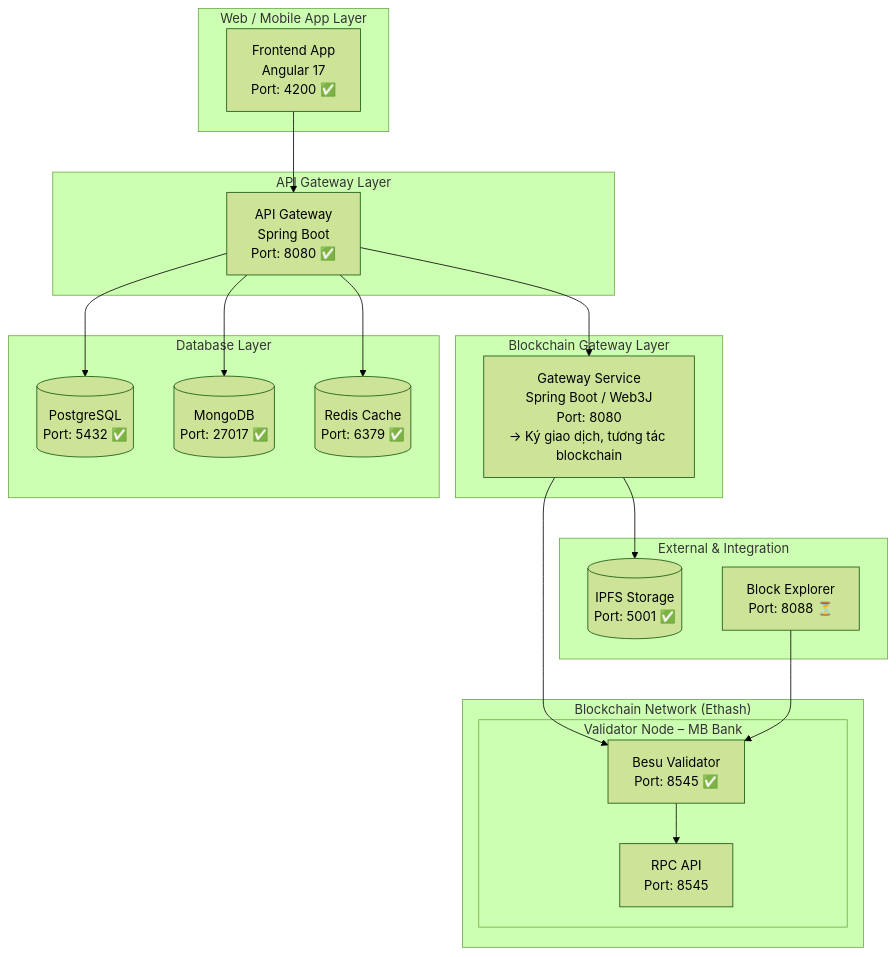
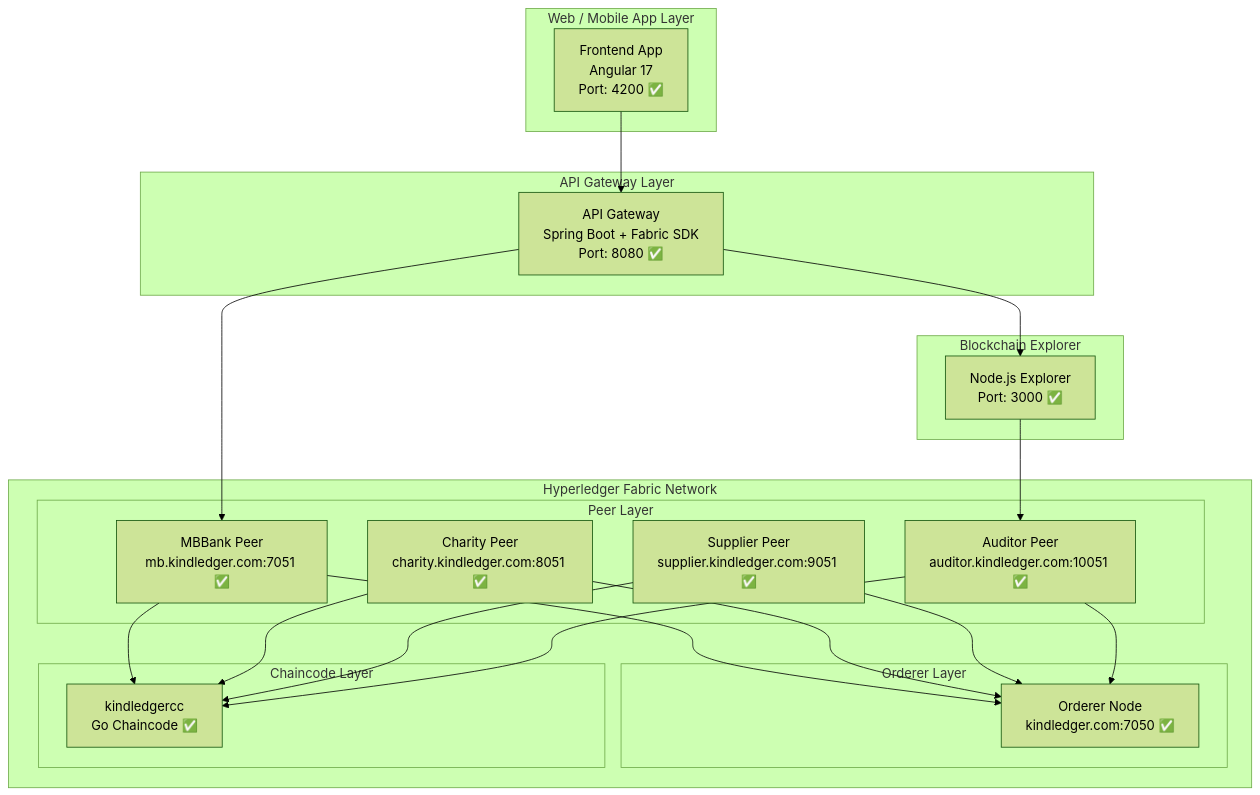
The third of 6 diagrams in documents/intro.md (trunghc97/kind-ledger), drawn with Mermaid (forest theme) before and after one commit. The commit also changed other lines of this file and 146 other files, not shown here.

````diff
--- a/documents/intro.md
+++ b/documents/intro.md
@@ -163,42 +176,44 @@
 ```mermaid
 graph TB
   subgraph WEB["Web / Mobile App Layer"]
     FE["Frontend App<br/>Angular 17<br/>Port: 4200 ✅"]
   end
 
   subgraph APIGW["API Gateway Layer"]
-    GATEWAY["API Gateway<br/>Spring Boot<br/>Port: 8080 ✅"]
+    GATEWAY["API Gateway<br/>Spring Boot + Fabric SDK<br/>Port: 8080 ✅"]
   end
 
-  subgraph BCGW["Blockchain Gateway Layer"]
-    BC_GW["Gateway Service<br/>Spring Boot / Web3J<br/>Port: 8080<br/>→ Ký giao dịch, tương tác blockchain"]
-  end
-
-  subgraph NETWORK["Blockchain Network (Ethash)"]
-    subgraph MB["Validator Node – MB Bank"]
-      BESU["Besu Validator<br/>Port: 8545 ✅"]
-      RPC["RPC API<br/>Port: 8545"]
+  subgraph FABRIC["Hyperledger Fabric Network"]
+    subgraph ORDERER["Orderer Layer"]
+      ORD["Orderer Node<br/>kindledger.com:7050 ✅"]
+    end
+    
+    subgraph PEERS["Peer Layer"]
+      MBP["MBBank Peer<br/>mb.kindledger.com:7051 ✅"]
+      CHARITYP["Charity Peer<br/>charity.kindledger.com:8051 ✅"]
+      SUPPLIERP["Supplier Peer<br/>supplier.kindledger.com:9051 ✅"]
+      AUDITORP["Auditor Peer<br/>auditor.kindledger.com:10051 ✅"]
+    end
+    
+    subgraph CHAINCODE["Chaincode Layer"]
+      CC["kindledgercc<br/>Go Chaincode ✅"]
     end
   end
 
-  subgraph DATABASES["Database Layer"]
-    POSTGRES[("PostgreSQL<br/>Port: 5432 ✅")]
-    MONGODB[("MongoDB<br/>Port: 27017 ✅")]
-    REDIS[("Redis Cache<br/>Port: 6379 ✅")]
-  end
-
-  subgraph EXT["External & Integration"]
-    IPFS[("IPFS Storage<br/>Port: 5001 ✅")]
-    EXPLR["Block Explorer<br/>Port: 8088 ⏳"]
+  subgraph EXPLORER["Blockchain Explorer"]
+    EXPLR["Node.js Explorer<br/>Port: 3000 ✅"]
   end
 
   FE --> GATEWAY
-  GATEWAY --> BC_GW
-  BC_GW --> BESU
-  BESU --> RPC
-  GATEWAY --> POSTGRES
-  GATEWAY --> MONGODB
-  GATEWAY --> REDIS
-  BC_GW --> IPFS
-  EXPLR --> BESU
+  GATEWAY --> MBP
+  MBP --> ORD
+  CHARITYP --> ORD
+  SUPPLIERP --> ORD
+  AUDITORP --> ORD
+  MBP --> CC
+  CHARITYP --> CC
+  SUPPLIERP --> CC
+  AUDITORP --> CC
+  EXPLR --> AUDITORP
+  GATEWAY --> EXPLR
 ```
````
